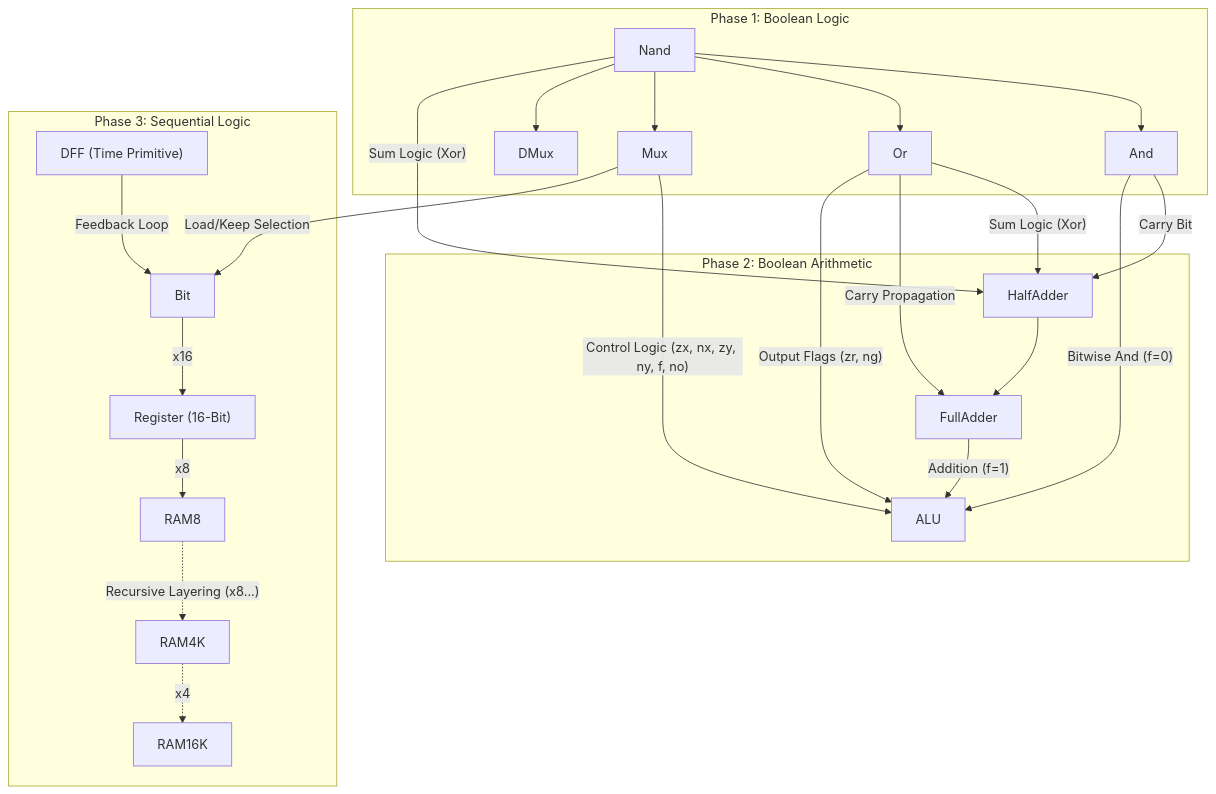
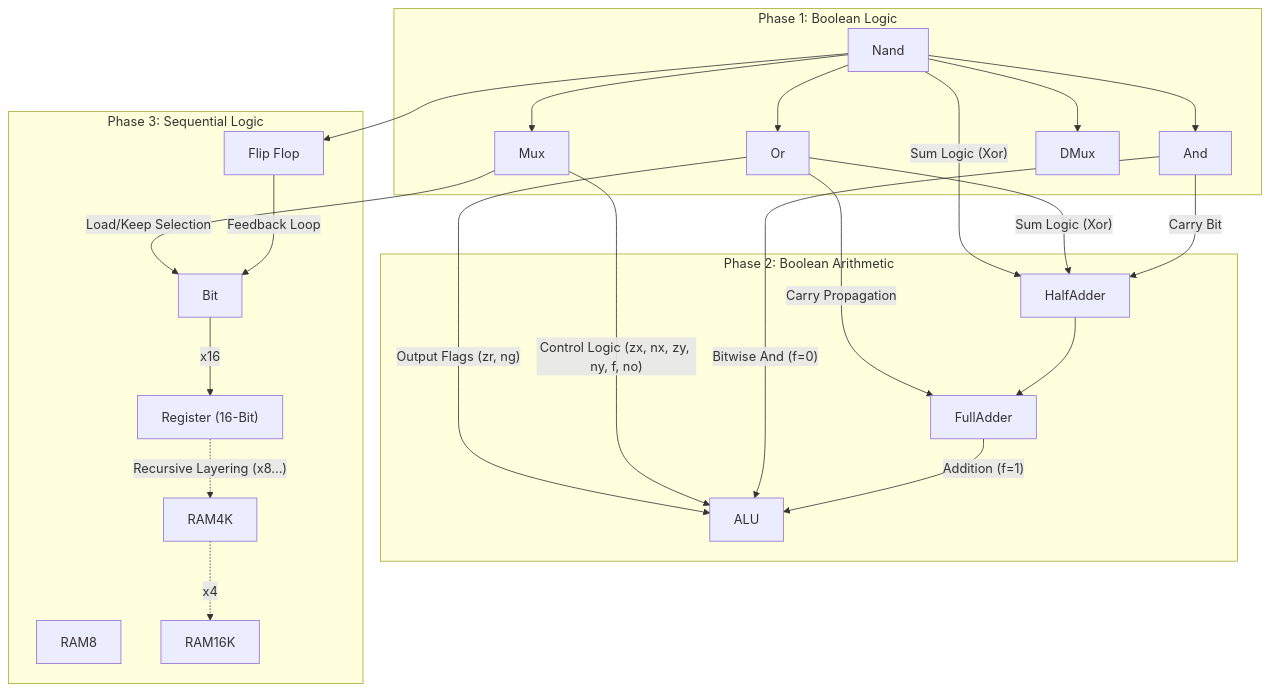
Before and after one commit to spaceadler/nand2tetris: the diagram in README.md, drawn with Mermaid.

Commit message:
Revise diagram labels and comments in README
Updated labels and comments in the diagrams for clarity.

````diff
--- a/README.md
+++ b/README.md
@@ -22,62 +22,63 @@
 ```mermaid
 graph TD
     %% 1. BOOLEAN LOGIC
     subgraph Logic ["Phase 1: Boolean Logic"]
         Nand["Nand"]
         And["And"]
         Or["Or"]
         Mux["Mux"]
         DMux["DMux"]
         
         Nand --> And
         Nand --> Or
         Nand --> Mux
         Nand --> DMux
     end
 
     %% 2. BOOLEAN ARITHMETIC
     subgraph Arithmetic ["Phase 2: Boolean Arithmetic"]
         HA[HalfAdder]
         FA[FullAdder]
         ALU[ALU]
     end
 
     %% 3. SEQUENTIAL LOGIC
     subgraph Sequential ["Phase 3: Sequential Logic"]
-        DFF["DFF (Time Primitive)"]
+        DFF["Flip Flop"]
         Bit["Bit"]
         Register["Register (16-Bit)"]
         RAM8
         RAM4K
         RAM16K
     end
 
     %% --- WIRING & DETAILS ---
 
-    %% HALF ADDER DETAIL (Sum = Xor, Carry = And)
-    %% Quotes added to labels to prevent parsing errors
+    %% THE PHYSICAL REALITY (Nand creates the Latch inside the Flip Flop)
+    Nand --> DFF
+
+    %% HALF ADDER DETAIL
     And -->|"Carry Bit"| HA
     Or -->|"Sum Logic (Xor)"| HA
     Nand -->|"Sum Logic (Xor)"| HA
 
-    %% FULL ADDER (Built from HA + Or)
+    %% FULL ADDER
     HA --> FA
     Or -->|"Carry Propagation"| FA
 
-    %% ALU DETAIL (The Calculation Engine)
+    %% ALU DETAIL
     FA -->|"Addition (f=1)"| ALU
     And -->|"Bitwise And (f=0)"| ALU
     Mux -->|"Control Logic (zx, nx, zy, ny, f, no)"| ALU
     Or -->|"Output Flags (zr, ng)"| ALU
 
     %% SEQUENTIAL / MEMORY RECURSION
     DFF -->|"Feedback Loop"| Bit
     Mux -->|"Load/Keep Selection"| Bit
     
     Bit -->|x16| Register
-    Register -->|x8| RAM8
     
     %% The Abstracted Recursion
-    RAM8 -.->|"Recursive Layering (x8...)"| RAM4K
+    Register -.->|"Recursive Layering (x8...)"| RAM4K
     RAM4K -.->|x4| RAM16K
 ```
````
